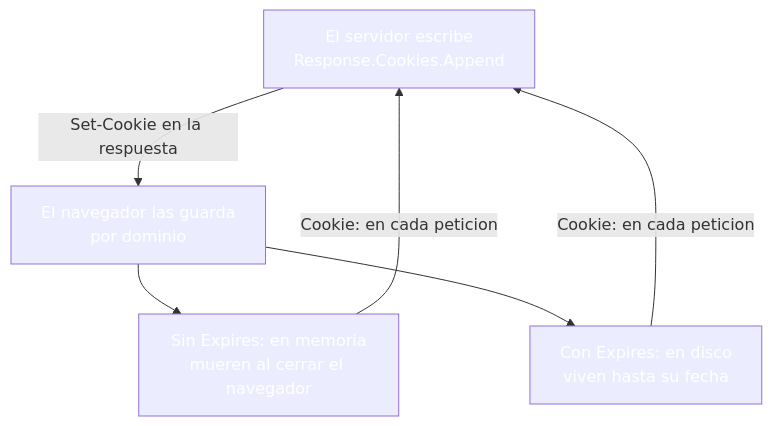
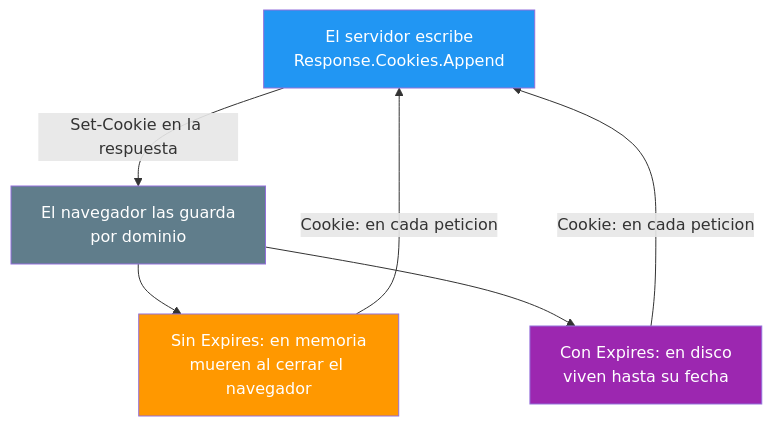
Before and after one commit to joseluisgs/DesarrolloWebEntornosServidor-03-2026-2027: the second of 7 diagrams in 18-cookies-sesiones-cliente.md, drawn with Mermaid. The commit also changed other lines of this file and 25 other files, not shown here.

Commit message:
docs: corregir los estilos Mermaid de los temas y alinear el dominio del tema 25 con ProductosApp

````diff
--- a/18-cookies-sesiones-cliente.md
+++ b/18-cookies-sesiones-cliente.md
@@ -74,12 +74,12 @@
 ```mermaid
 graph TD
     S["El servidor escribe<br/>Response.Cookies.Append"] -->|Set-Cookie en la respuesta| N["El navegador las guarda<br/>por dominio"]
     N --> M["Sin Expires: en memoria<br/>mueren al cerrar el navegador"]
     N --> D["Con Expires: en disco<br/>viven hasta su fecha"]
     M -->|Cookie: en cada peticion| S
     D -->|Cookie: en cada peticion| S
-    style S fill:#2196F,color:#fff3,color:#fff
-    style N fill:#607D8,color:#fffB,color:#fff
-    style M fill:#FF980,color:#fff0,color:#fff
-    style D fill:#9C27B,color:#fff0,color:#fff
+    style S fill:#2196F3,color:#fff
+    style N fill:#607D8B,color:#fff
+    style M fill:#FF9800,color:#fff
+    style D fill:#9C27B0,color:#fff
 ```
````
